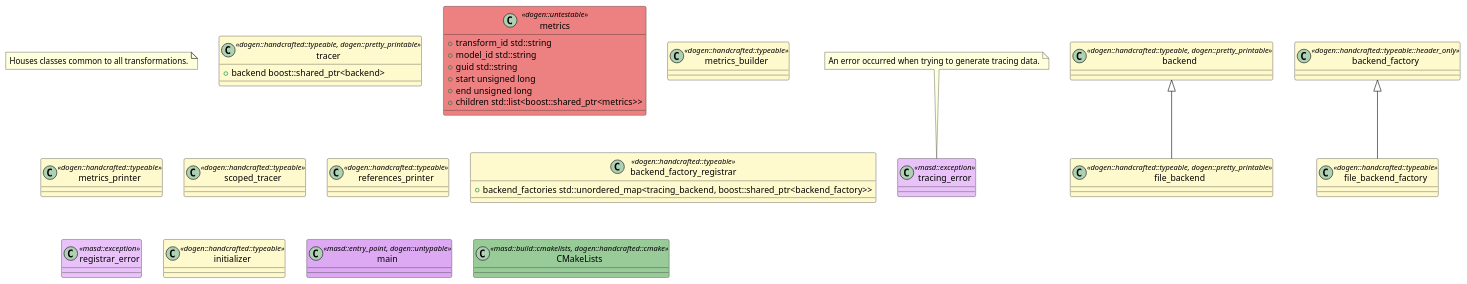
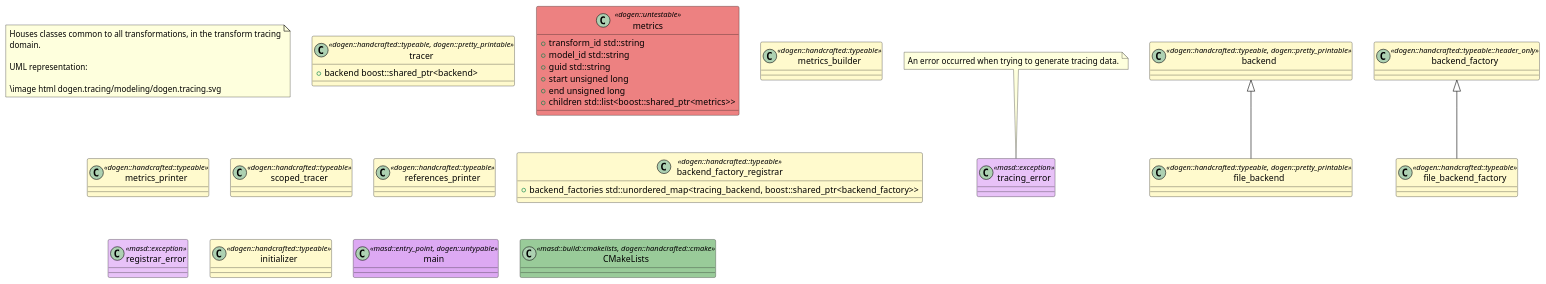
The diagram in projects/dogen.tracing/modeling/dogen.tracing.plantuml (MASD-Project/dogen), drawn with PlantUML before and after one commit. The commit also changed 29 other files, not shown here.

Commit message:
regenerate all plantuml models and convert to svg

```diff
--- a/projects/dogen.tracing/modeling/dogen.tracing.plantuml
+++ b/projects/dogen.tracing/modeling/dogen.tracing.plantuml
@@ -1,69 +1,74 @@
 @startuml
 set namespaceSeparator ::
 note as N1
-Houses classes common to all transformations.
+Houses classes common to all transformations, in the transform tracing
+domain.
+
+UML representation:
+
+\image html dogen.tracing/modeling/dogen.tracing.svg
 end note
 
 class tracer <<dogen::handcrafted::typeable, dogen::pretty_printable>> #FFFACD {
     +{field} backend boost::shared_ptr<backend>
 }
 
 class metrics <<dogen::untestable>> #ED8181 {
     +{field} transform_id std::string
     +{field} model_id std::string
     +{field} guid std::string
     +{field} start unsigned long
     +{field} end unsigned long
     +{field} children std::list<boost::shared_ptr<metrics>>
 }
 
 class metrics_builder <<dogen::handcrafted::typeable>> #FFFACD {
 }
 
 class metrics_printer <<dogen::handcrafted::typeable>> #FFFACD {
 }
 
 class tracing_error <<masd::exception>> #E8C2F8 {
 }
 
 note top of  tracing_error
 An error occurred when trying to generate tracing data.
 end note
 
 class scoped_tracer <<dogen::handcrafted::typeable>> #FFFACD {
 }
 
 class references_printer <<dogen::handcrafted::typeable>> #FFFACD {
 }
 
 class backend <<dogen::handcrafted::typeable, dogen::pretty_printable>> #FFFACD {
 }
 
 class file_backend <<dogen::handcrafted::typeable, dogen::pretty_printable>> #FFFACD {
 }
 
 backend <|-- file_backend
 class backend_factory_registrar <<dogen::handcrafted::typeable>> #FFFACD {
     +{field} backend_factories std::unordered_map<tracing_backend, boost::shared_ptr<backend_factory>>
 }
 
 class registrar_error <<masd::exception>> #E8C2F8 {
 }
 
 class backend_factory <<dogen::handcrafted::typeable::header_only>> #FFFACD {
 }
 
 class file_backend_factory <<dogen::handcrafted::typeable>> #FFFACD {
 }
 
 backend_factory <|-- file_backend_factory
 class initializer <<dogen::handcrafted::typeable>> #FFFACD {
 }
 
 class main <<masd::entry_point, dogen::untypable>> #DDA9F3 {
 }
 
 class CMakeLists <<masd::build::cmakelists, dogen::handcrafted::cmake>> #99CB99 {
 }
 
 @enduml
```
